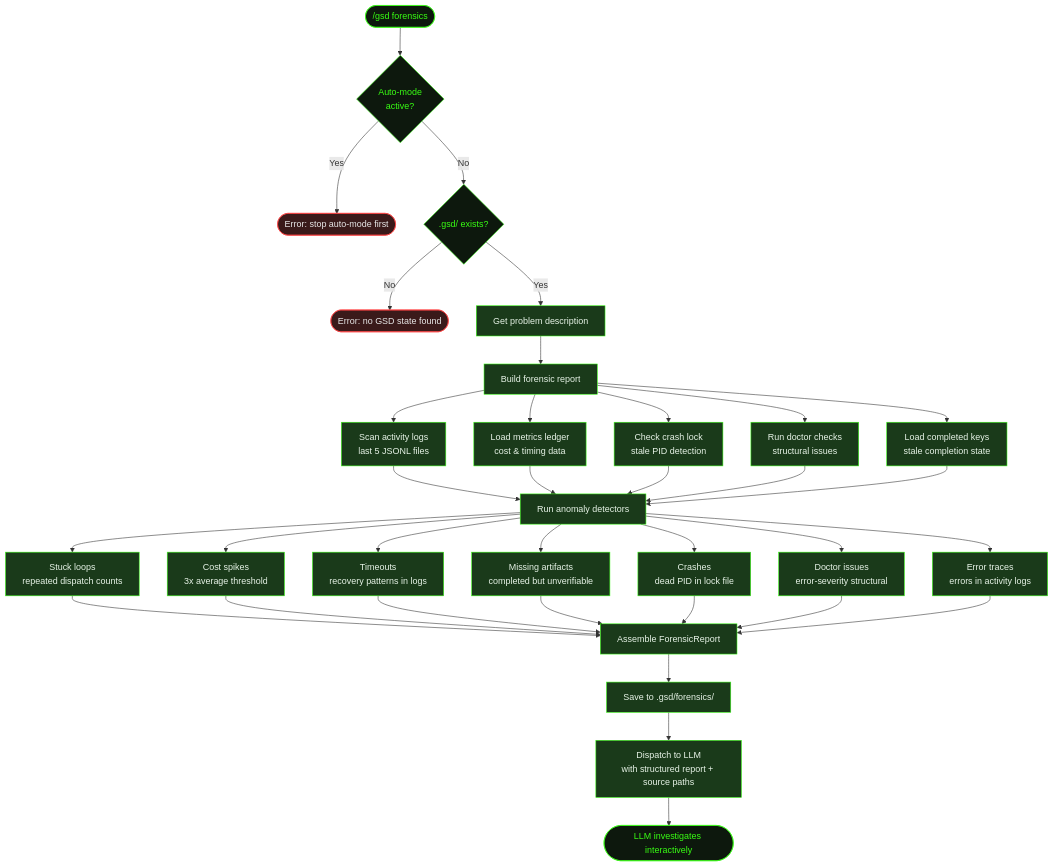
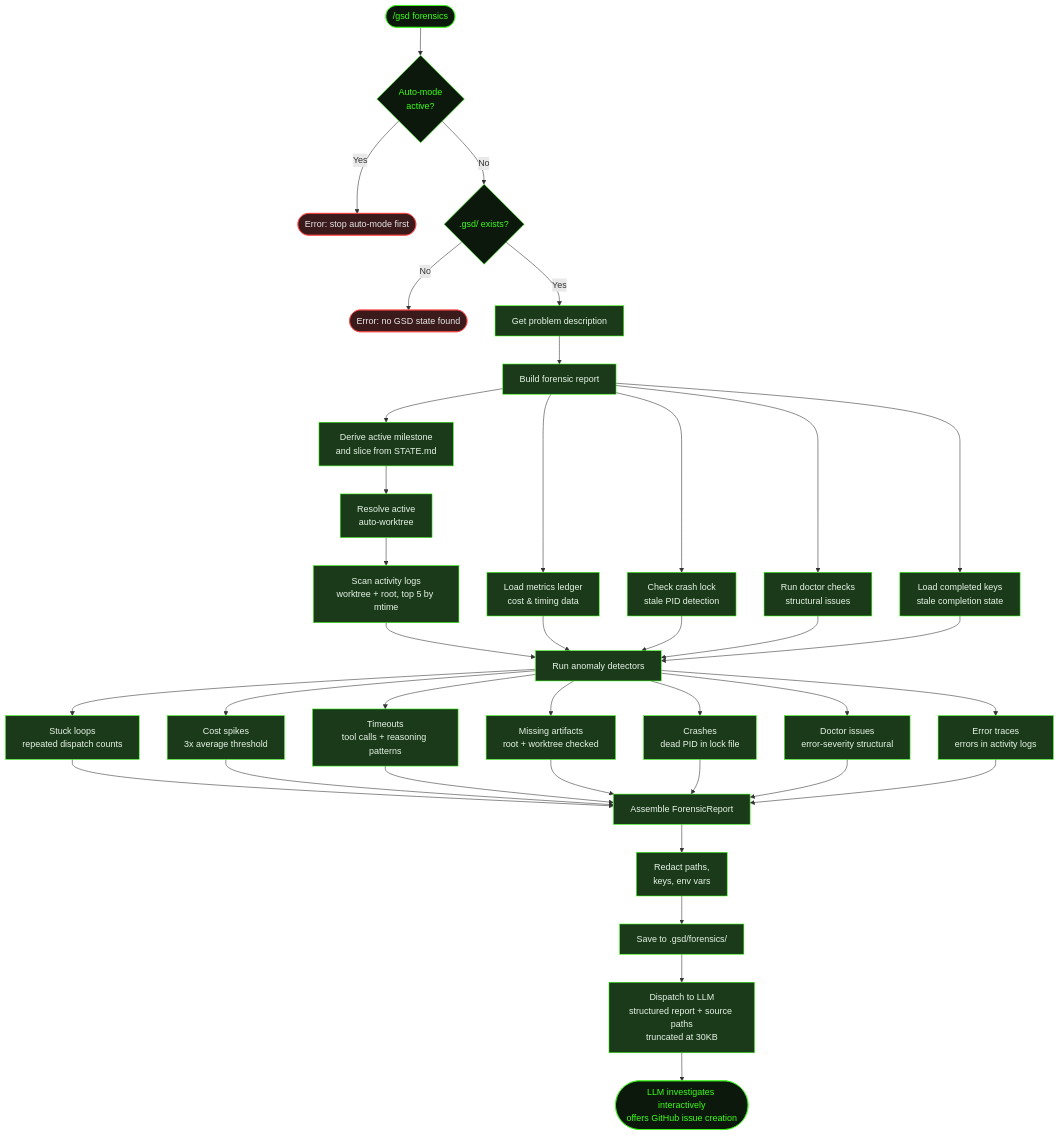
One commit to shusha-group/gsd2-guide changed the diagram in src/content/docs/commands/forensics.mdx. Above: the diagram before and after it, drawn with Mermaid. The commit also changed other lines of this file and 49 other files, not shown here.

````diff
--- a/src/content/docs/commands/forensics.mdx
+++ b/src/content/docs/commands/forensics.mdx
@@ -28,67 +28,73 @@
 ```mermaid
 flowchart TD
     Start(["/gsd forensics"]) --> Active{Auto-mode<br/>active?}
     Active -->|Yes| Blocked([Error: stop auto-mode first])
     Active -->|No| GSD{.gsd/ exists?}
     GSD -->|No| NoState([Error: no GSD state found])
     GSD -->|Yes| Prompt[Get problem description]
 
     Prompt --> Build[Build forensic report]
 
-    Build --> Scan1[Scan activity logs<br/>last 5 JSONL files]
+    Build --> State[Derive active milestone<br/>and slice from STATE.md]
+    State --> Worktree[Resolve active<br/>auto-worktree]
+    Worktree --> Scan1[Scan activity logs<br/>worktree + root, top 5 by mtime]
     Build --> Scan2[Load metrics ledger<br/>cost & timing data]
     Build --> Scan3[Check crash lock<br/>stale PID detection]
     Build --> Scan4[Run doctor checks<br/>structural issues]
     Build --> Scan5[Load completed keys<br/>stale completion state]
 
     Scan1 --> Detect[Run anomaly detectors]
     Scan2 --> Detect
     Scan3 --> Detect
     Scan4 --> Detect
     Scan5 --> Detect
 
     Detect --> D1[Stuck loops<br/>repeated dispatch counts]
     Detect --> D2[Cost spikes<br/>3x average threshold]
-    Detect --> D3[Timeouts<br/>recovery patterns in logs]
-    Detect --> D4[Missing artifacts<br/>completed but unverifiable]
+    Detect --> D3[Timeouts<br/>tool calls + reasoning patterns]
+    Detect --> D4[Missing artifacts<br/>root + worktree checked]
     Detect --> D5[Crashes<br/>dead PID in lock file]
     Detect --> D6[Doctor issues<br/>error-severity structural]
     Detect --> D7[Error traces<br/>errors in activity logs]
 
     D1 --> Report[Assemble ForensicReport]
     D2 --> Report
     D3 --> Report
     D4 --> Report
     D5 --> Report
     D6 --> Report
     D7 --> Report
 
-    Report --> Save[Save to .gsd/forensics/]
-    Save --> Dispatch[Dispatch to LLM<br/>with structured report + source paths]
-    Dispatch --> LLM([LLM investigates interactively])
+    Report --> Redact[Redact paths,<br/>keys, env vars]
+    Redact --> Save[Save to .gsd/forensics/]
+    Save --> Dispatch[Dispatch to LLM<br/>structured report + source paths<br/>truncated at 30KB]
+    Dispatch --> LLM([LLM investigates interactively<br/>offers GitHub issue creation])
 
     style Start fill:#0d180d,stroke:#39ff14,color:#39ff14
     style Active fill:#0d180d,stroke:#39ff14,color:#39ff14
     style GSD fill:#0d180d,stroke:#39ff14,color:#39ff14
     style Blocked fill:#3a1a1a,stroke:#ff4444,color:#e8e8e8
     style NoState fill:#3a1a1a,stroke:#ff4444,color:#e8e8e8
     style Prompt fill:#1a3a1a,stroke:#39ff14,color:#e8f4e8
     style Build fill:#1a3a1a,stroke:#39ff14,color:#e8f4e8
+    style State fill:#1a3a1a,stroke:#39ff14,color:#e8f4e8
+    style Worktree fill:#1a3a1a,stroke:#39ff14,color:#e8f4e8
     style Scan1 fill:#1a3a1a,stroke:#39ff14,color:#e8f4e8
     style Scan2 fill:#1a3a1a,stroke:#39ff14,color:#e8f4e8
     style Scan3 fill:#1a3a1a,stroke:#39ff14,color:#e8f4e8
     style Scan4 fill:#1a3a1a,stroke:#39ff14,color:#e8f4e8
     style Scan5 fill:#1a3a1a,stroke:#39ff14,color:#e8f4e8
     style Detect fill:#1a3a1a,stroke:#39ff14,color:#e8f4e8
     style D1 fill:#1a3a1a,stroke:#39ff14,color:#e8f4e8
     style D2 fill:#1a3a1a,stroke:#39ff14,color:#e8f4e8
     style D3 fill:#1a3a1a,stroke:#39ff14,color:#e8f4e8
     style D4 fill:#1a3a1a,stroke:#39ff14,color:#e8f4e8
     style D5 fill:#1a3a1a,stroke:#39ff14,color:#e8f4e8
     style D6 fill:#1a3a1a,stroke:#39ff14,color:#e8f4e8
     style D7 fill:#1a3a1a,stroke:#39ff14,color:#e8f4e8
     style Report fill:#1a3a1a,stroke:#39ff14,color:#e8f4e8
+    style Redact fill:#1a3a1a,stroke:#39ff14,color:#e8f4e8
     style Save fill:#1a3a1a,stroke:#39ff14,color:#e8f4e8
     style Dispatch fill:#1a3a1a,stroke:#39ff14,color:#e8f4e8
     style LLM fill:#0d180d,stroke:#39ff14,color:#39ff14
 ```
````
